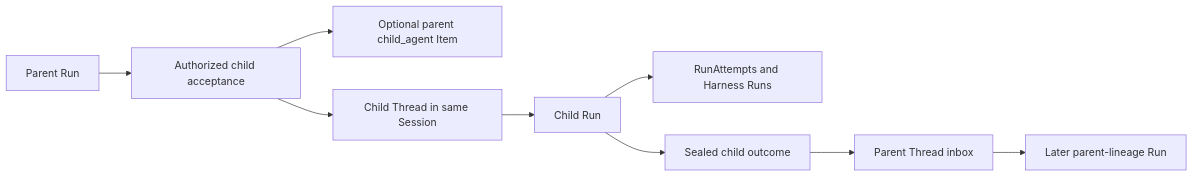
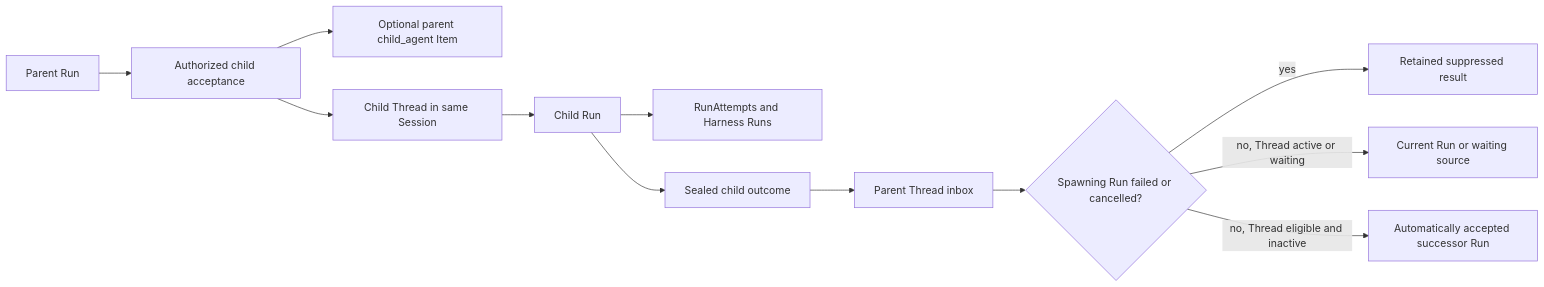
One commit to LTThreeComma/agent-foundation changed the first of 2 diagrams in spec/foundation-service/18-async-subagents.md. Above: the diagram before and after it, drawn with Mermaid. The commit also changed other lines of this file and 17 other files, not shown here.

First line of the commit message:
docs(foundation-service): define waiting continue and inbox FIFO (#78)

````diff
--- a/spec/foundation-service/18-async-subagents.md
+++ b/spec/foundation-service/18-async-subagents.md
@@ -13,11 +17,14 @@
 ```mermaid
 flowchart LR
     Parent[Parent Run] --> Spawn[Authorized child acceptance]
     Spawn --> ParentItem[Optional parent child_agent Item]
     Spawn --> ChildThread[Child Thread in same Session]
     ChildThread --> Child[Child Run]
     Child --> Attempts[RunAttempts and Harness Runs]
     Child --> Frozen[Sealed child outcome]
-    Frozen --> Delivery[Parent Thread inbox]
-    Delivery --> Successor[Later parent-lineage Run]
+    Frozen --> Inbox[Parent Thread inbox]
+    Inbox --> Gate{Spawning Run failed or cancelled?}
+    Gate -->|yes| Suppressed[Retained suppressed result]
+    Gate -->|no, Thread active or waiting| Active[Current Run or waiting source]
+    Gate -->|no, Thread eligible and inactive| Successor[Automatically accepted successor Run]
 ```
````
